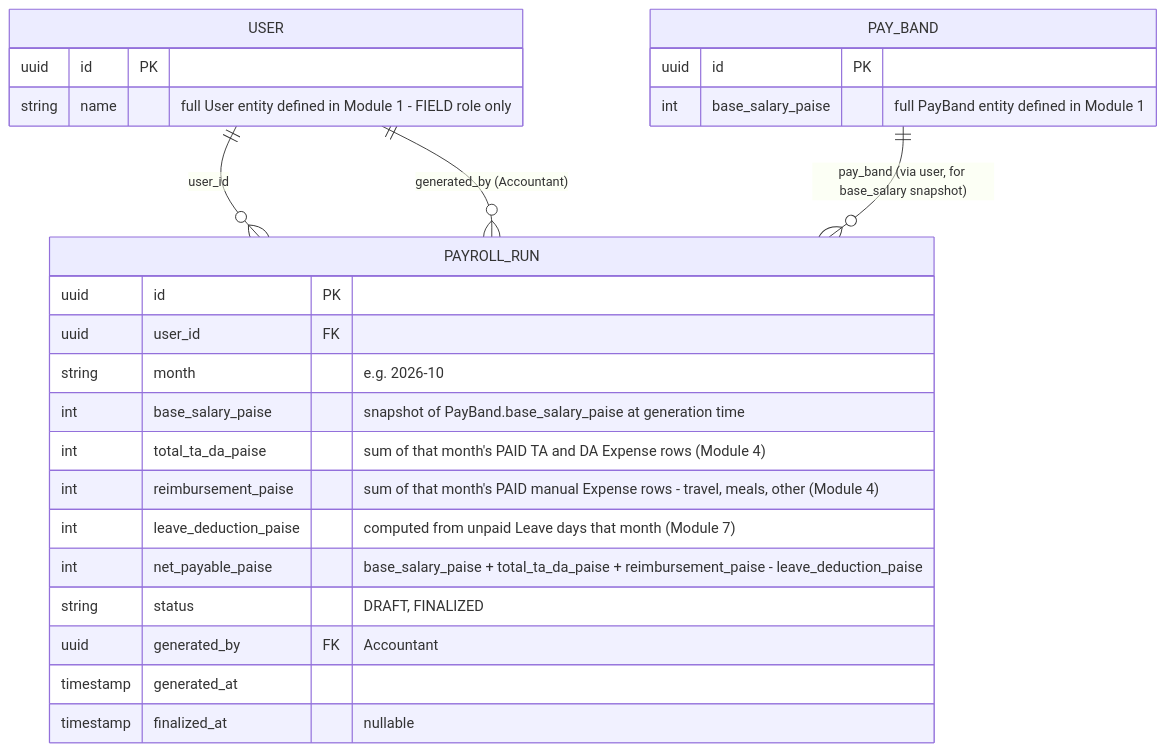
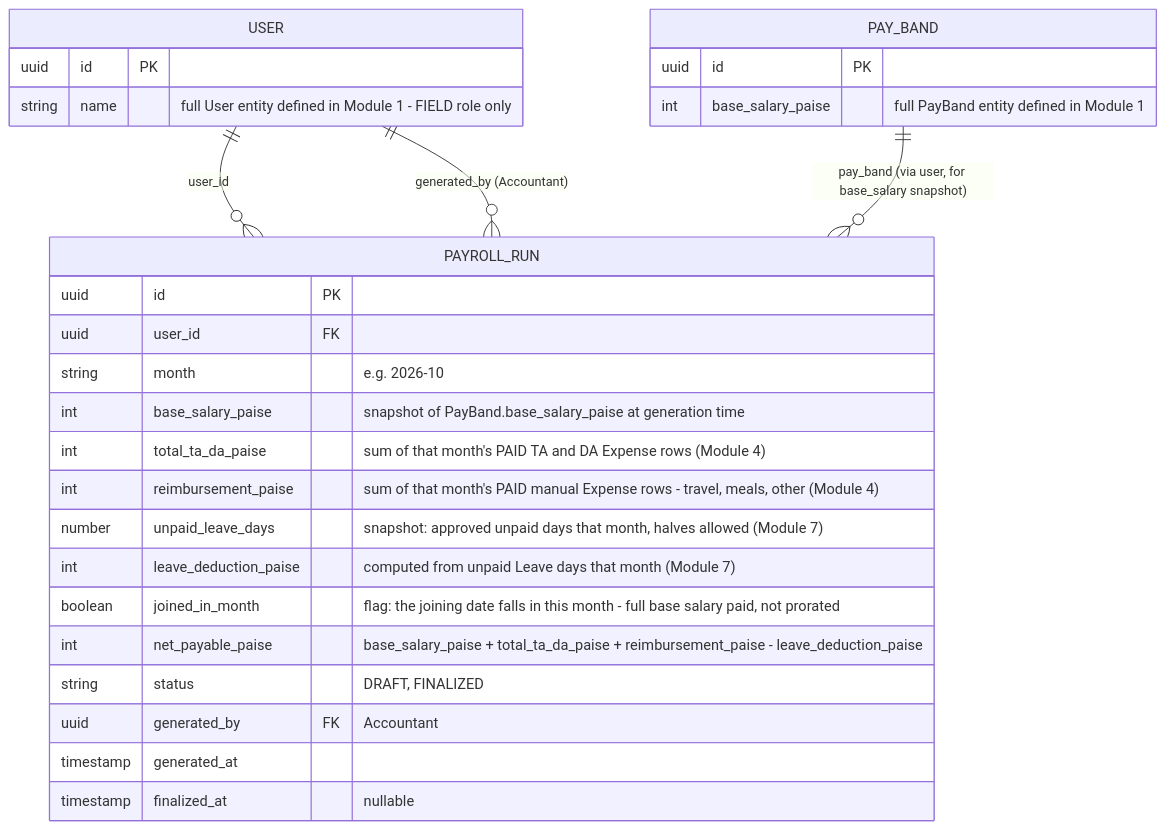
The diagram in docs/erd/09-payroll.md (reboot-ai-private-limited/greynote), drawn with Mermaid before and after one commit. The commit also changed other lines of this file and 14 other files, not shown here.

First line of the commit message:
feat(field-activity): Payroll's paid total counts by the month an expense was paid (Phase 7 steps 1-2)

````diff
--- a/docs/erd/09-payroll.md
+++ b/docs/erd/09-payroll.md
@@ -7,30 +7,32 @@
 ```mermaid
 erDiagram
     USER {
         uuid id PK
         string name "full User entity defined in Module 1 - FIELD role only"
     }
     PAY_BAND {
         uuid id PK
         int base_salary_paise "full PayBand entity defined in Module 1"
     }
 
     PAYROLL_RUN {
         uuid id PK
         uuid user_id FK
         string month "e.g. 2026-10"
         int base_salary_paise "snapshot of PayBand.base_salary_paise at generation time"
         int total_ta_da_paise "sum of that month's PAID TA and DA Expense rows (Module 4)"
         int reimbursement_paise "sum of that month's PAID manual Expense rows - travel, meals, other (Module 4)"
+        number unpaid_leave_days "snapshot: approved unpaid days that month, halves allowed (Module 7)"
         int leave_deduction_paise "computed from unpaid Leave days that month (Module 7)"
+        boolean joined_in_month "flag: the joining date falls in this month - full base salary paid, not prorated"
         int net_payable_paise "base_salary_paise + total_ta_da_paise + reimbursement_paise - leave_deduction_paise"
         string status "DRAFT, FINALIZED"
         uuid generated_by FK "Accountant"
         timestamp generated_at
         timestamp finalized_at "nullable"
     }
 
     USER ||--o{ PAYROLL_RUN : "user_id"
     PAY_BAND ||--o{ PAYROLL_RUN : "pay_band (via user, for base_salary snapshot)"
     USER ||--o{ PAYROLL_RUN : "generated_by (Accountant)"
 ```
````
